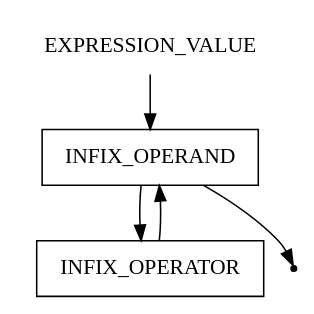
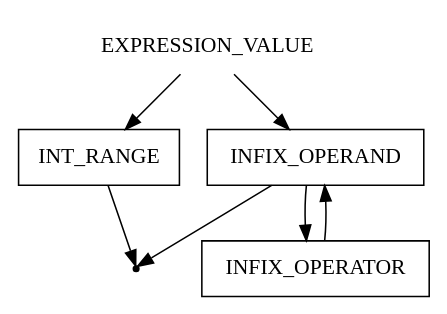
One commit to ayu-f/DSL_Pseudocode changed the diagram in pseudocode/expression_value.gv. Above: the diagram before and after it, drawn with Graphviz. The commit also changed 71 other files, not shown here.

```diff
--- a/pseudocode/expression_value.gv
+++ b/pseudocode/expression_value.gv
@@ -1,10 +1,13 @@
 digraph EXPRESSION_VALUE {
     start [label=EXPRESSION_VALUE shape=plaintext]
+    int_range [label=INT_RANGE shape=box]
     operand_infix [label=INFIX_OPERAND shape=box]
     infix_operator [label=INFIX_OPERATOR shape=box]
     end [label="" shape=point]
+    start -> int_range
     start -> operand_infix
+    int_range -> end
     operand_infix -> infix_operator
     operand_infix -> end
     infix_operator -> operand_infix
 }
```
